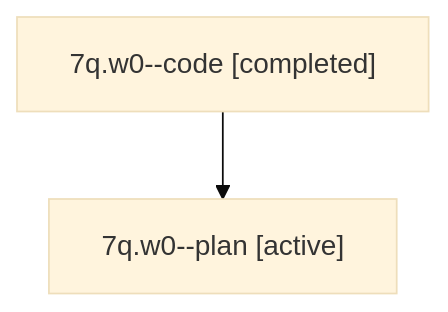
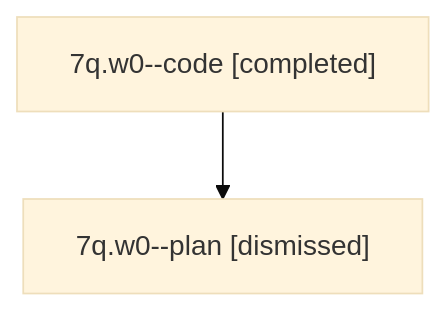
The diagram in sessions/bbugyi200.athena.7q.w0.md (sase-org/sase--agents), drawn with Mermaid (base theme) before and after one commit. The commit also changed other lines of this file and 31 other files, not shown here.

````diff
--- a/sessions/bbugyi200.athena.7q.w0.md
+++ b/sessions/bbugyi200.athena.7q.w0.md
@@ -9,6 +9,6 @@
 ```mermaid
 flowchart TD
   n0["7q.w0--code [completed]"]
-  n1["7q.w0--plan [active]"]
+  n1["7q.w0--plan [dismissed]"]
   n0 --> n1
 ```
````
